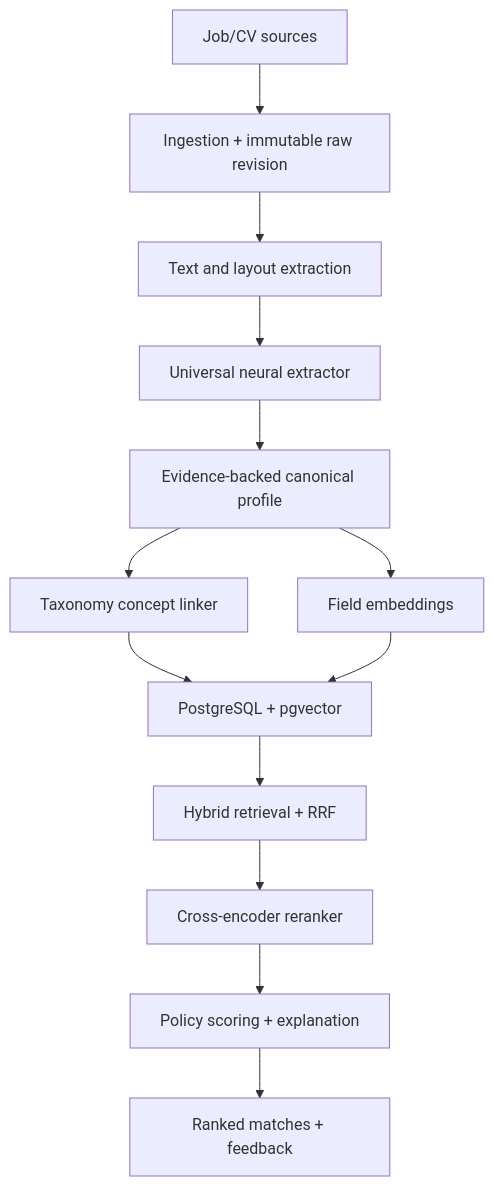
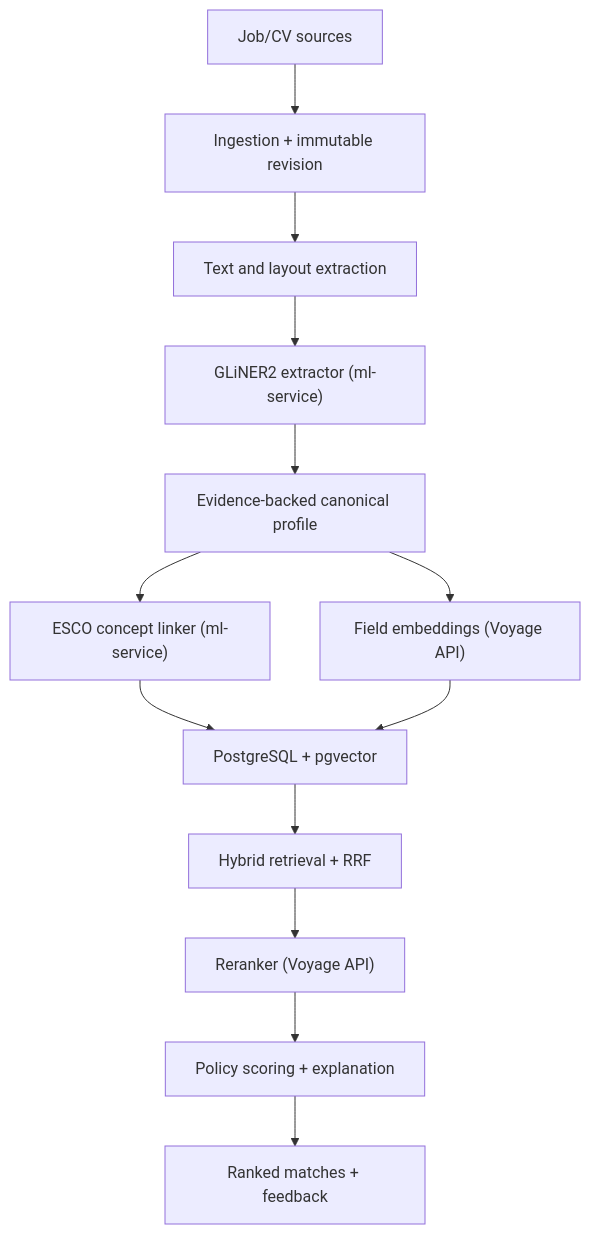
One commit to yura-hudzovskyi/job-scraper changed the first of 2 diagrams in docs/universal-job-matching-system-spec-v1.md. Above: the diagram before and after it, drawn with Mermaid. The commit also changed other lines of this file, not shown here.

First line of the commit message:
Record the matching-engine architecture decisions in the spec

````diff
--- a/docs/universal-job-matching-system-spec-v1.md
+++ b/docs/universal-job-matching-system-spec-v1.md
@@ -255,15 +406,15 @@
 ```mermaid
 flowchart TD
-    A["Job/CV sources"] --> B["Ingestion + immutable raw revision"]
+    A["Job/CV sources"] --> B["Ingestion + immutable revision"]
     B --> C["Text and layout extraction"]
-    C --> D["Universal neural extractor"]
+    C --> D["GLiNER2 extractor (ml-service)"]
     D --> E["Evidence-backed canonical profile"]
-    E --> F["Taxonomy concept linker"]
-    E --> G["Field embeddings"]
+    E --> F["ESCO concept linker (ml-service)"]
+    E --> G["Field embeddings (Voyage API)"]
     F --> H["PostgreSQL + pgvector"]
     G --> H
     H --> I["Hybrid retrieval + RRF"]
-    I --> J["Cross-encoder reranker"]
+    I --> J["Reranker (Voyage API)"]
     J --> K["Policy scoring + explanation"]
     K --> L["Ranked matches + feedback"]
 ```
````
